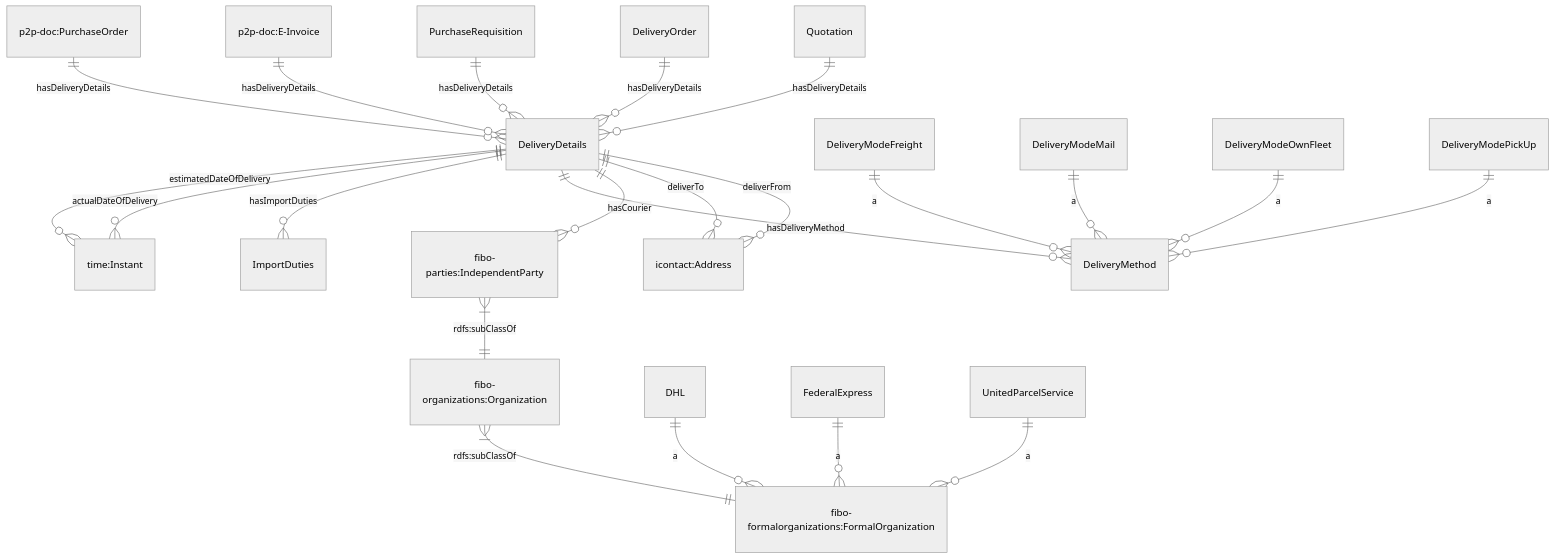
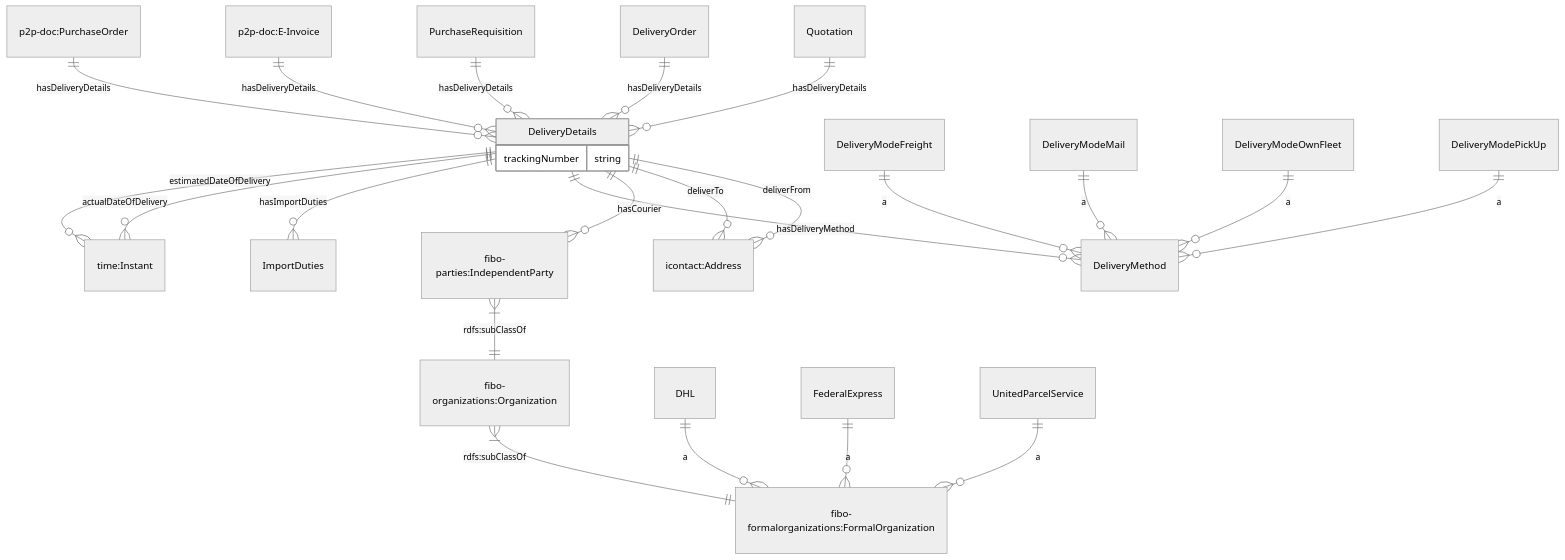
Before and after one commit to cambridge-cares/TheWorldAvatar: the fourth of 9 diagrams in JPS_Ontology/ontology/ontoassetmanagement/README.MD, drawn with Mermaid (neutral theme). The commit also changed other lines of this file, not shown here.

````diff
--- a/JPS_Ontology/ontology/ontoassetmanagement/README.MD
+++ b/JPS_Ontology/ontology/ontoassetmanagement/README.MD
@@ -94,24 +95,27 @@
 ```mermaid
     erDiagram
     "p2p-doc:PurchaseOrder" ||--o{ "DeliveryDetails" : hasDeliveryDetails
     "p2p-doc:E-Invoice" ||--o{ "DeliveryDetails" : hasDeliveryDetails
     "PurchaseRequisition" ||--o{ "DeliveryDetails" : hasDeliveryDetails
     "DeliveryOrder" ||--o{ "DeliveryDetails" : hasDeliveryDetails
     "Quotation" ||--o{ "DeliveryDetails" : hasDeliveryDetails
     "DeliveryDetails" ||--o{ "time:Instant" : estimatedDateOfDelivery
     "DeliveryDetails" ||--o{ "time:Instant" : actualDateOfDelivery
     "DeliveryDetails" ||--o{ "ImportDuties" : hasImportDuties
     "DeliveryDetails" ||--o{ "DeliveryMethod" : hasDeliveryMethod
+    "DeliveryDetails" {
+        trackingNumber string
+    }
     "DeliveryModeFreight" ||--o{ "DeliveryMethod" : a
     "DeliveryModeMail" ||--o{ "DeliveryMethod" : a
     "DeliveryModeOwnFleet" ||--o{ "DeliveryMethod" : a
     "DeliveryModePickUp" ||--o{ "DeliveryMethod" : a
     "DeliveryDetails" ||--o{ "fibo-parties:IndependentParty" : hasCourier
     "fibo-parties:IndependentParty" }|--|| "fibo-organizations:Organization" : "rdfs:subClassOf"
     "fibo-organizations:Organization" }|--|| "fibo-formalorganizations:FormalOrganization" : "rdfs:subClassOf"
     "DHL" ||--o{ "fibo-formalorganizations:FormalOrganization" : a
     "FederalExpress" ||--o{ "fibo-formalorganizations:FormalOrganization" : a
     "UnitedParcelService" ||--o{ "fibo-formalorganizations:FormalOrganization" : a
     "DeliveryDetails" ||--o{ "icontact:Address" : deliverTo
     "DeliveryDetails" ||--o{ "icontact:Address" : deliverFrom
 ```
````
